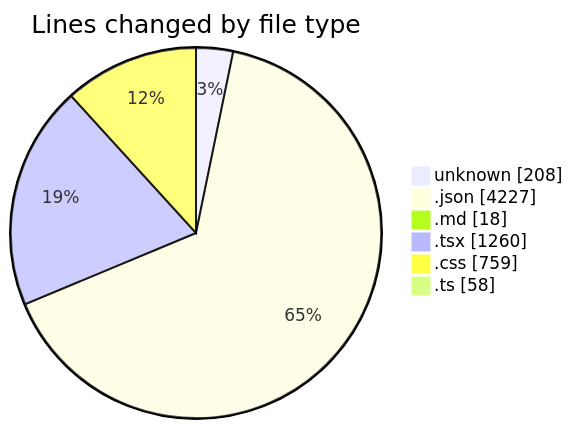
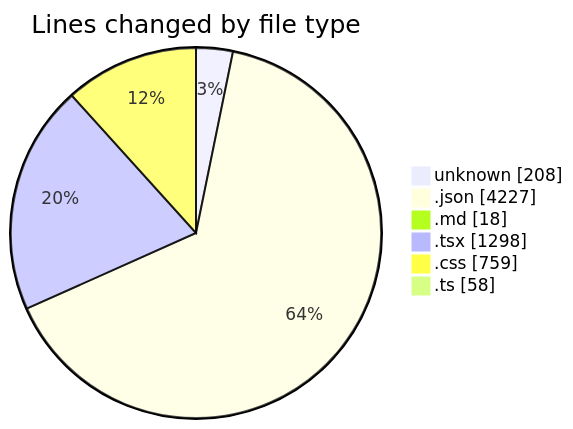
One commit to EIIisD/code-tracking changed the first of 2 diagrams in 2025-08-07/ribbon/README.md. Above: the diagram before and after it, drawn with Mermaid. The commit also changed other lines of this file and 1 other file, not shown here.

````diff
--- a/2025-08-07/ribbon/README.md
+++ b/2025-08-07/ribbon/README.md
@@ -36,10 +36,10 @@
 ```mermaid
 pie showData
 title Lines changed by file type
 "unknown" : 208
 ".json" : 4227
 ".md" : 18
-".tsx" : 1260
+".tsx" : 1298
 ".css" : 759
 ".ts" : 58
 ```
````
